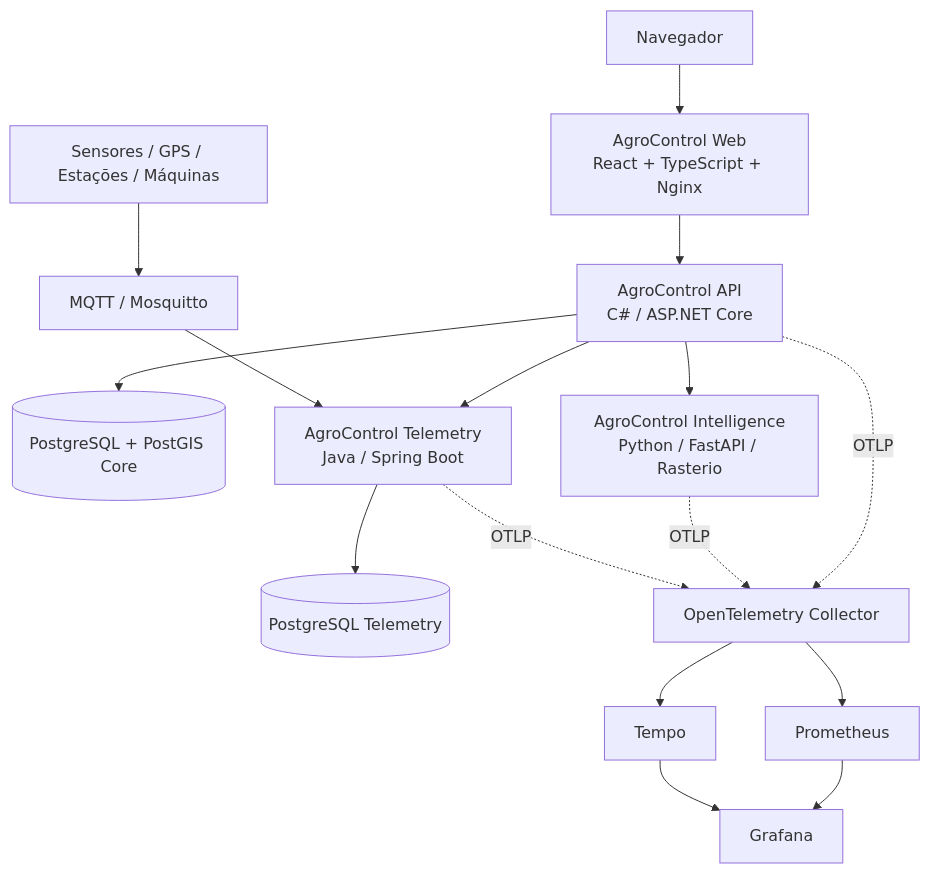
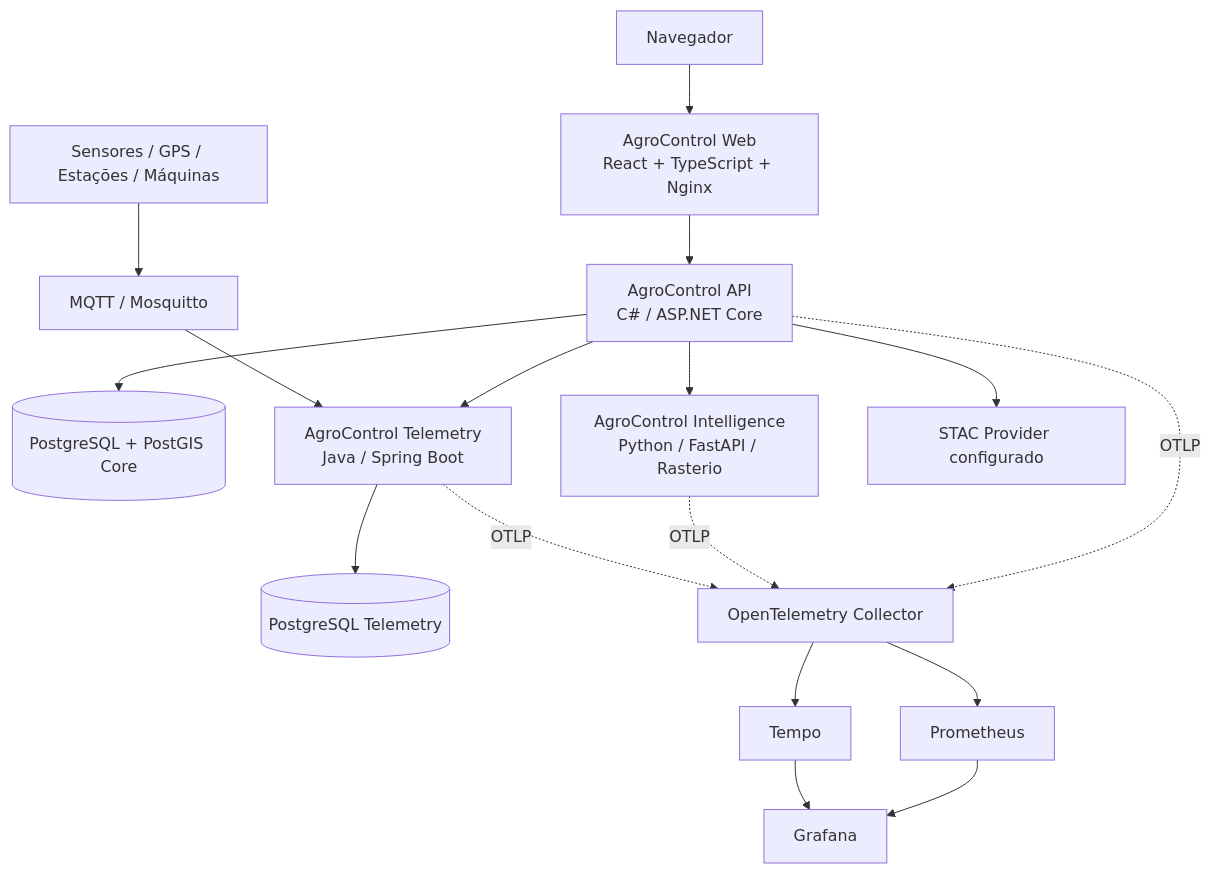
Before and after one commit to M4rc3low/AgroControl: the diagram in README.md, drawn with Mermaid. The commit also changed other lines of this file and 24 other files, not shown here.

````diff
--- a/README.md
+++ b/README.md
@@ -60,19 +62,20 @@
 ```mermaid
 flowchart TB
     BROWSER[Navegador] --> WEB[AgroControl Web\nReact + TypeScript + Nginx]
     WEB --> API[AgroControl API\nC# / ASP.NET Core]
     API --> DB[(PostgreSQL + PostGIS Core)]
     API --> AI[AgroControl Intelligence\nPython / FastAPI / Rasterio]
     API --> TEL[AgroControl Telemetry\nJava / Spring Boot]
+    API --> STAC[STAC Provider configurado]
     TEL --> TDB[(PostgreSQL Telemetry)]
     SENSORS[Sensores / GPS / Estações / Máquinas] --> MQTT[MQTT / Mosquitto]
     MQTT --> TEL
 
     API -. OTLP .-> OTEL[OpenTelemetry Collector]
     AI -. OTLP .-> OTEL
     TEL -. OTLP .-> OTEL
     OTEL --> TEMPO[Tempo]
     OTEL --> PROM[Prometheus]
     PROM --> GRAFANA[Grafana]
     TEMPO --> GRAFANA
 ```
````
